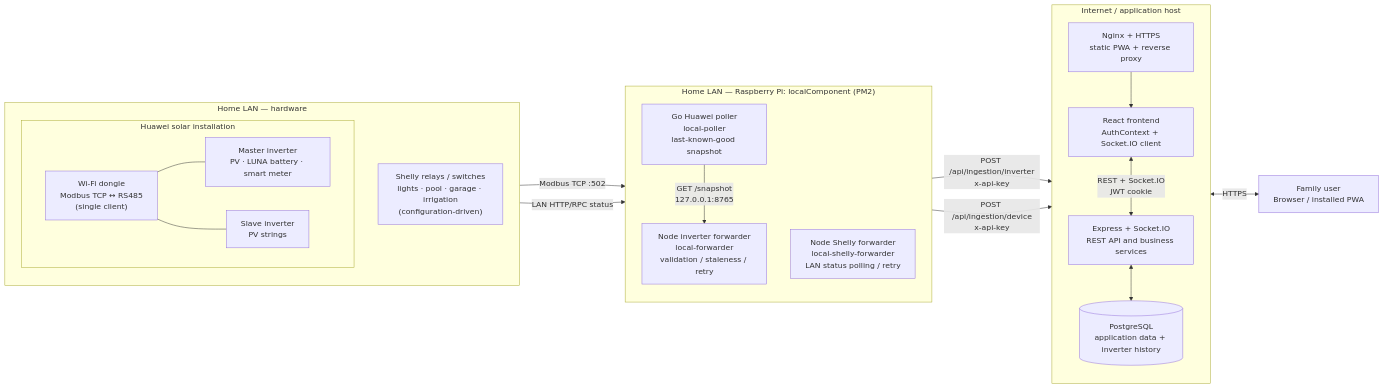
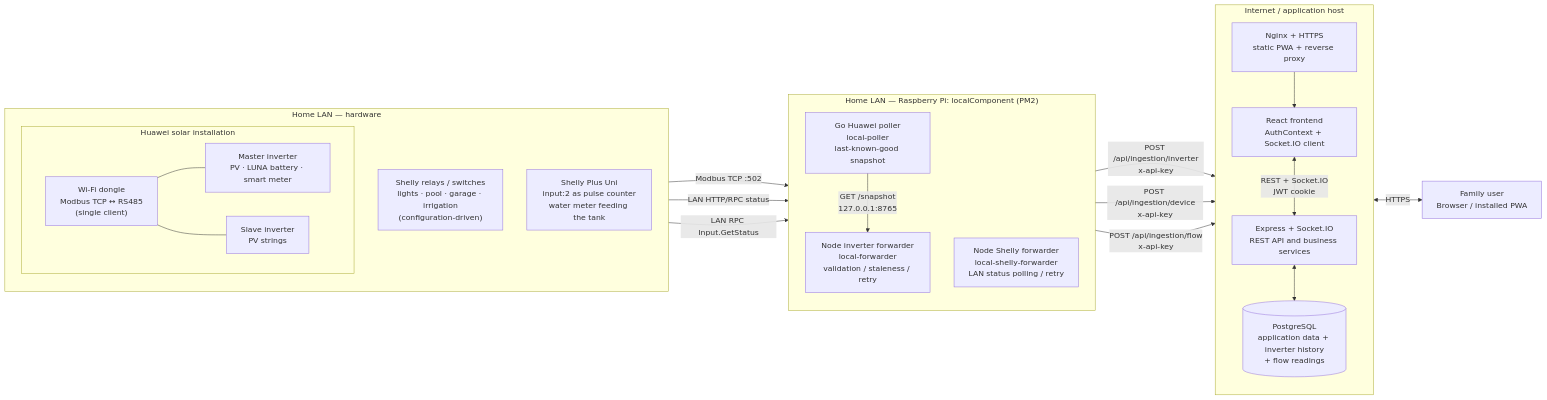
The first of 6 diagrams in docs/diagrams/system-overview.md (MarvinTM/tareasPendientes), drawn with Mermaid before and after one commit. The commit also changed other lines of this file and 44 other files, not shown here.

````diff
--- a/docs/diagrams/system-overview.md
+++ b/docs/diagrams/system-overview.md
@@ -7,42 +7,45 @@
 ```mermaid
 flowchart LR
     subgraph house["Home LAN — hardware"]
         direction TB
         subgraph energy["Huawei solar installation"]
             direction LR
             dongle["Wi-Fi dongle\nModbus TCP ↔ RS485\n(single client)"]
             master["Master inverter\nPV · LUNA battery · smart meter"]
             slave["Slave inverter\nPV strings"]
             dongle --- master
             dongle --- slave
         end
         shellyDevices["Shelly relays / switches\nlights · pool · garage · irrigation\n(configuration-driven)"]
+        flowSensor["Shelly Plus Uni\ninput:2 as pulse counter\nwater meter feeding the tank"]
     end
 
     subgraph pi["Home LAN — Raspberry Pi: localComponent (PM2)"]
         direction TB
         poller["Go Huawei poller\nlocal-poller\nlast-known-good snapshot"]
         inverterForwarder["Node inverter forwarder\nlocal-forwarder\nvalidation / staleness / retry"]
         shellyForwarder["Node Shelly forwarder\nlocal-shelly-forwarder\nLAN status polling / retry"]
         poller -->|"GET /snapshot\n127.0.0.1:8765"| inverterForwarder
     end
 
     subgraph app["Internet / application host"]
         direction TB
         nginx["Nginx + HTTPS\nstatic PWA + reverse proxy"]
         frontend["React frontend\nAuthContext + Socket.IO client"]
         backend["Express + Socket.IO\nREST API and business services"]
-        db[("PostgreSQL\napplication data + inverter history")]
+        db[("PostgreSQL\napplication data + inverter history\n+ flow readings")]
         nginx --> frontend
         frontend <-->|"REST + Socket.IO\nJWT cookie"| backend
         backend <--> db
     end
 
     user["Family user\nBrowser / installed PWA"]
 
     dongle -->|"Modbus TCP :502"| poller
     inverterForwarder -->|"POST /api/ingestion/inverter\nx-api-key"| backend
     shellyDevices -->|"LAN HTTP/RPC status"| shellyForwarder
     shellyForwarder -->|"POST /api/ingestion/device\nx-api-key"| backend
+    flowSensor -->|"LAN RPC Input.GetStatus"| shellyForwarder
+    shellyForwarder -->|"POST /api/ingestion/flow\nx-api-key"| backend
     nginx <-->|"HTTPS"| user
 ```
````
